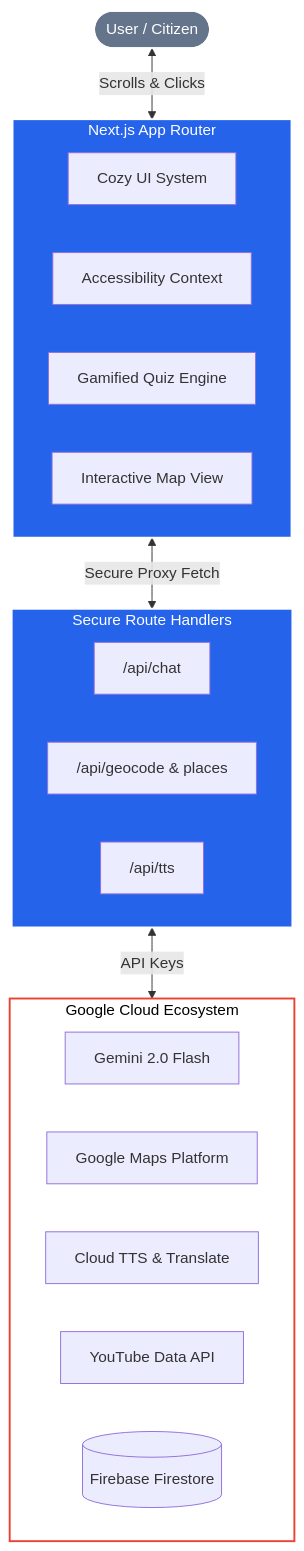
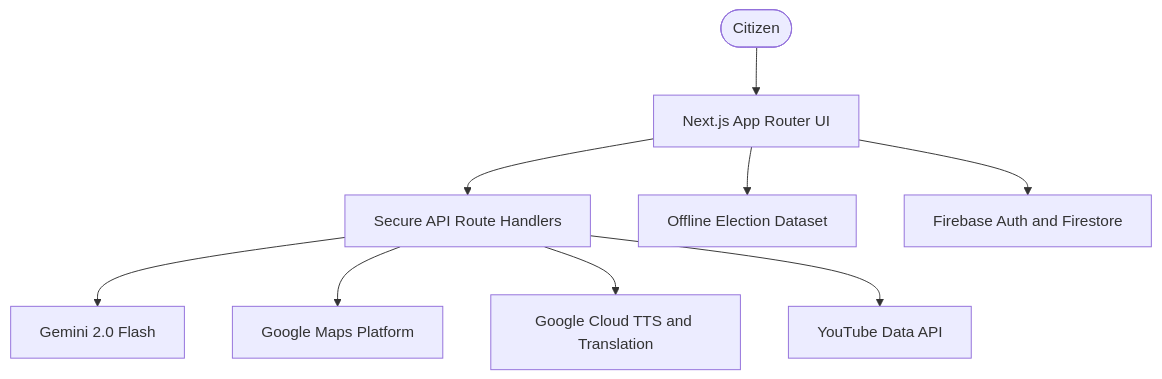
Before and after one commit to AnuranjanJain/votewise: the diagram in README.md, drawn with Mermaid. The commit also changed other lines of this file and 1 other file, not shown here.

Commit message:
Improve README and Firebase coverage

````diff
--- a/README.md
+++ b/README.md
@@ -47,38 +46,21 @@
 ```mermaid
 graph TD
-    User([User / Citizen])
-    
-    subgraph Frontend [Next.js App Router]
-        UI[Cozy UI System]
-        A11y[Accessibility Context]
-        Quiz[Gamified Quiz Engine]
-        MapUI[Interactive Map View]
-    end
-    
-    subgraph Backend [Secure Route Handlers]
-        API_Chat["/api/chat"]
-        API_Geo["/api/geocode & places"]
-        API_TTS["/api/tts"]
-    end
-    
-    subgraph Google_Services [Google Cloud Ecosystem]
-        Gemini[Gemini 2.0 Flash]
-        Maps[Google Maps Platform]
-        Cloud[Cloud TTS & Translate]
-        Youtube[YouTube Data API]
-        Firebase[(Firebase Firestore)]
-    end
-    
-    User <-->|Scrolls & Clicks| Frontend
-    Frontend <-->|Secure Proxy Fetch| Backend
-    Backend <-->|API Keys| Google_Services
-    
-    %% Styling
-    classDef primary fill:#2563eb,stroke:#fff,stroke-width:2px,color:#fff;
-    classDef secondary fill:#64748b,stroke:#fff,stroke-width:2px,color:#fff;
-    classDef google fill:#ffffff,stroke:#ea4335,stroke-width:2px,color:#000;
-    
-    class Frontend,Backend primary;
-    class User secondary;
-    class Google_Services google;
+    User([Citizen])
+    UI[Next.js App Router UI]
+    API[Secure API Route Handlers]
+    Data[Offline Election Dataset]
+    Gemini[Gemini 2.0 Flash]
+    Maps[Google Maps Platform]
+    Cloud[Google Cloud TTS and Translation]
+    YouTube[YouTube Data API]
+    Firebase[Firebase Auth and Firestore]
+
+    User --> UI
+    UI --> API
+    UI --> Data
+    API --> Gemini
+    API --> Maps
+    API --> Cloud
+    API --> YouTube
+    UI --> Firebase
 ```
````
